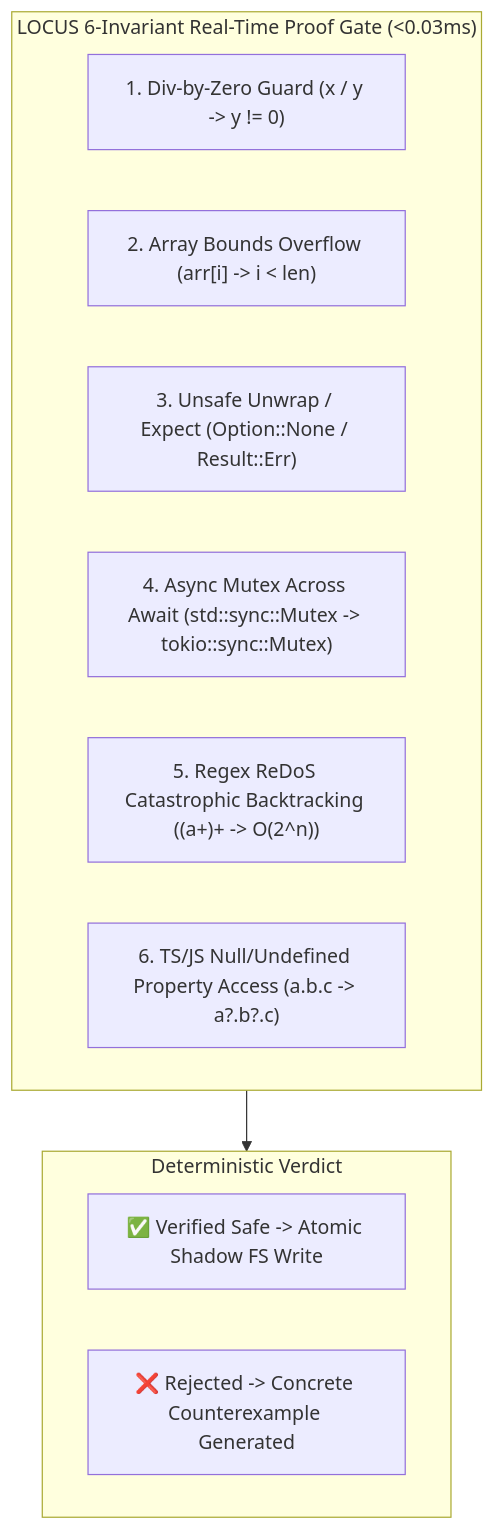
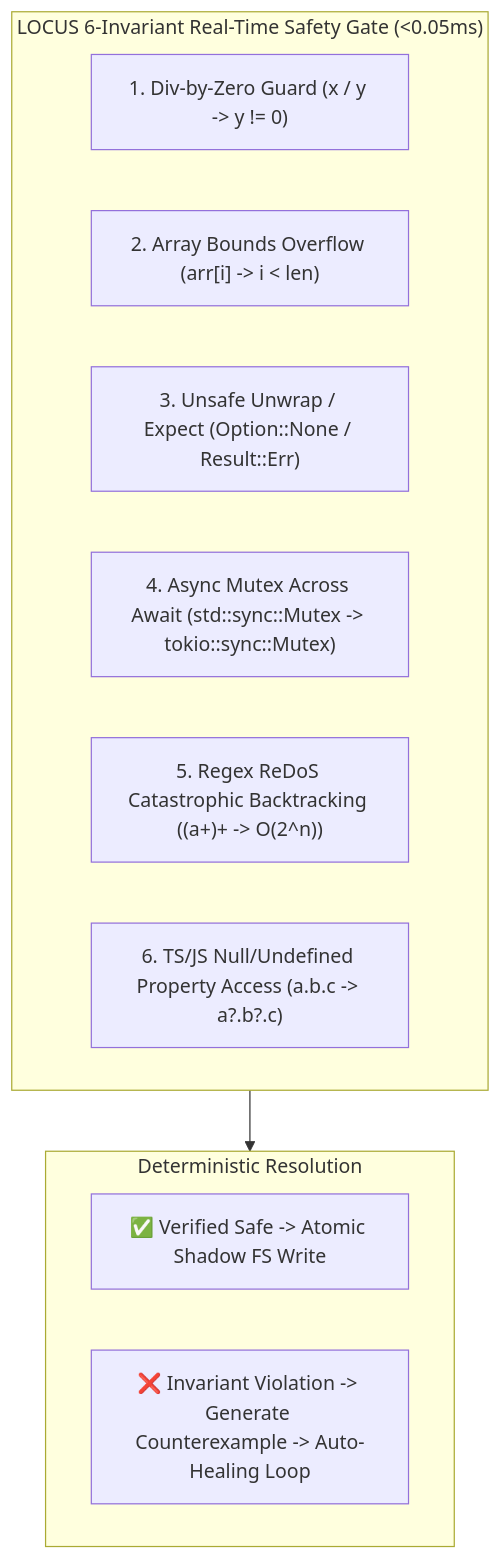
The diagram in README.md (ahmadshady747-create/LOCUS), drawn with Mermaid before and after one commit. The commit also changed other lines of this file and 4 other files, not shown here.

````diff
--- a/README.md
+++ b/README.md
@@ -40,18 +67,18 @@
 ```mermaid
 flowchart TD
-    subgraph SixInvariants ["LOCUS 6-Invariant Real-Time Proof Gate (<0.03ms)"]
+    subgraph SixInvariants ["LOCUS 6-Invariant Real-Time Safety Gate (<0.05ms)"]
         Div["1. Div-by-Zero Guard (x / y -> y != 0)"]
         Bounds["2. Array Bounds Overflow (arr[i] -> i < len)"]
         Unwrap["3. Unsafe Unwrap / Expect (Option::None / Result::Err)"]
         Deadlock["4. Async Mutex Across Await (std::sync::Mutex -> tokio::sync::Mutex)"]
         ReDoS["5. Regex ReDoS Catastrophic Backtracking ((a+)+ -> O(2^n))"]
         NullDeref["6. TS/JS Null/Undefined Property Access (a.b.c -> a?.b?.c)"]
     end
 
-    subgraph Decision ["Deterministic Verdict"]
+    subgraph Verdict ["Deterministic Resolution"]
         Safe["✅ Verified Safe -> Atomic Shadow FS Write"]
-        Unsafe["❌ Rejected -> Concrete Counterexample Generated"]
+        Unsafe["❌ Invariant Violation -> Generate Counterexample -> Auto-Healing Loop"]
     end
 
-    SixInvariants --> Decision
+    SixInvariants --> Verdict
 ```
````
